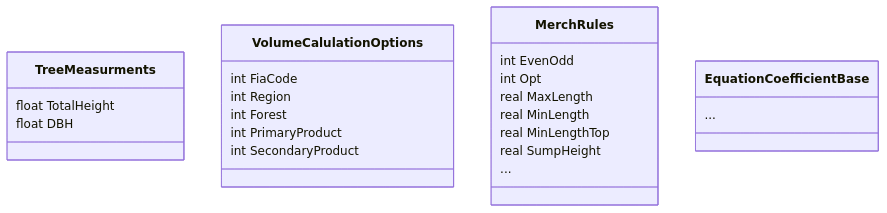
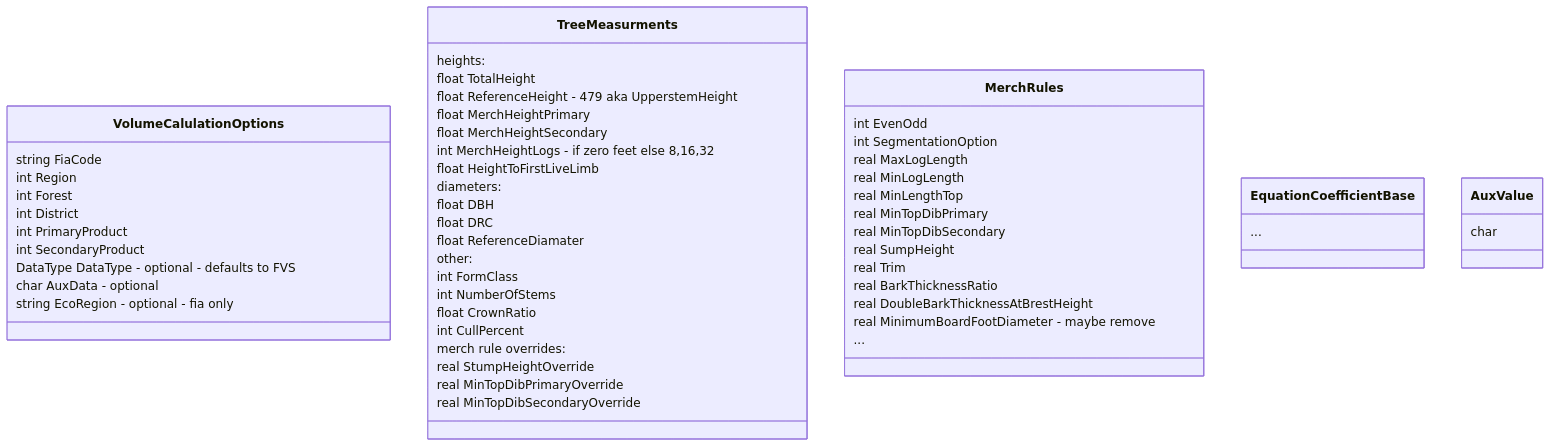
Before and after one commit to FMSC-Measurements/VolumeLibrary: the fourth of 6 diagrams in docs/NewVolLibPlanning/VolumeCalulationFlow.md, drawn with Mermaid. The commit also changed other lines of this file and 1 other file, not shown here.

````diff
--- a/docs/NewVolLibPlanning/VolumeCalulationFlow.md
+++ b/docs/NewVolLibPlanning/VolumeCalulationFlow.md
@@ -45,33 +80,82 @@
 ``` mermaid
+---
+  config:
+    class:
+      hideEmptyMembersBox: true
+---
 classDiagram
 
-    class TreeMeasurments {
-        float TotalHeight
-        float DBH
+
+    class VolumeCalulationOptions {
+        string FiaCode
+ 
+        int Region
+        int Forest
+        int District
+        int PrimaryProduct
+        int SecondaryProduct
+        DataType DataType - optional - defaults to FVS
+        char AuxData - optional 
+        string EcoRegion - optional - fia only
     }
 
-    
-    class VolumeCalulationOptions {
-        int FiaCode
-        int Region
-        int Forest
-        int PrimaryProduct
-        int SecondaryProduct
+    class TreeMeasurments {
+        
+        
+        heights:
+        float TotalHeight
+        float ReferenceHeight - 479 aka UpperstemHeight
+        float MerchHeightPrimary
+        float MerchHeightSecondary
+        int MerchHeightLogs - if zero feet else 8,16,32
+        float HeightToFirstLiveLimb
+        
+
+        diameters:
+        float DBH
+        float DRC
+        float ReferenceDiamater
+
+        other:
+        int FormClass
+        int NumberOfStems
+        float CrownRatio
+        int CullPercent
+
+        merch rule overrides:
+        real StumpHeightOverride
+        real MinTopDibPrimaryOverride
+        real MinTopDibSecondaryOverride
     }
+
+
 
 
 
     class MerchRules {
         int EvenOdd
-        int Opt
-        real MaxLength
-        real MinLength
+        int SegmentationOption
+        real MaxLogLength
+        real MinLogLength
         real MinLengthTop
+        real MinTopDibPrimary
+        real MinTopDibSecondary
+
         real SumpHeight
+        real Trim
+        real BarkThicknessRatio
+        real DoubleBarkThicknessAtBrestHeight
+        real MinimumBoardFootDiameter - maybe remove
         ...
     }
 
     class EquationCoefficientBase {
         ...
     }
+
+
+    class AuxValue {
+
+        char 
+    }
 ```
````
